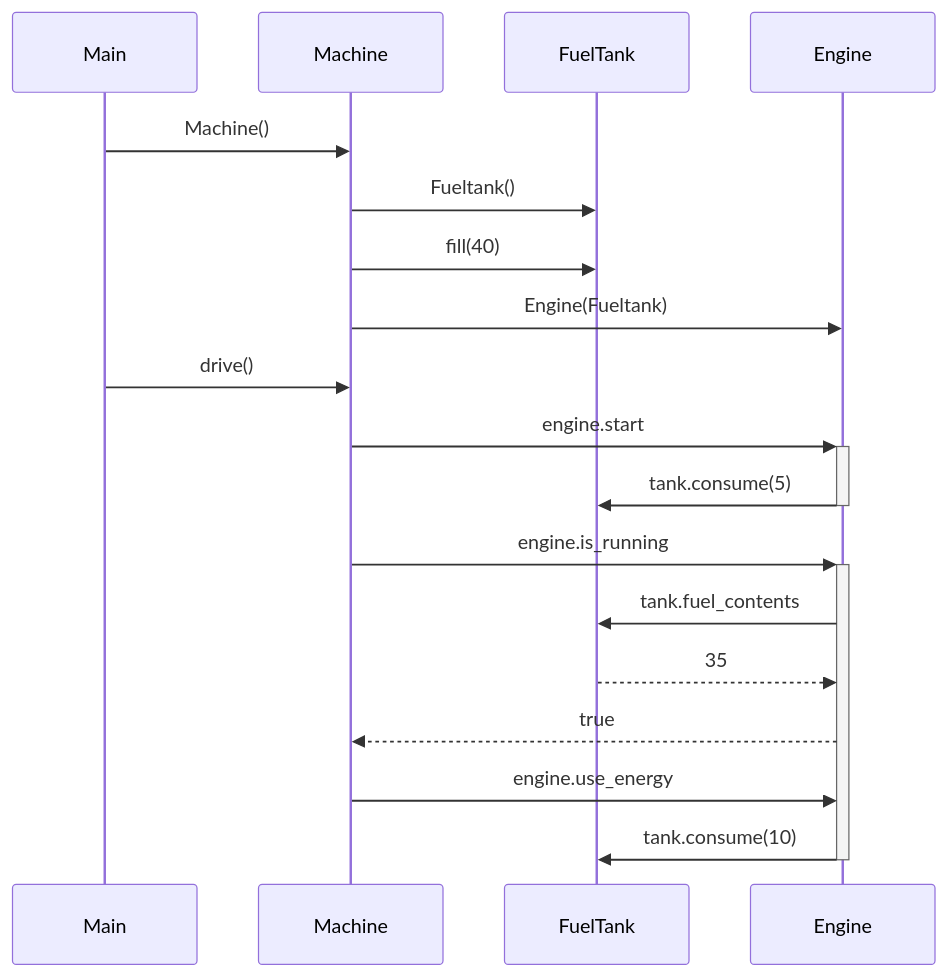
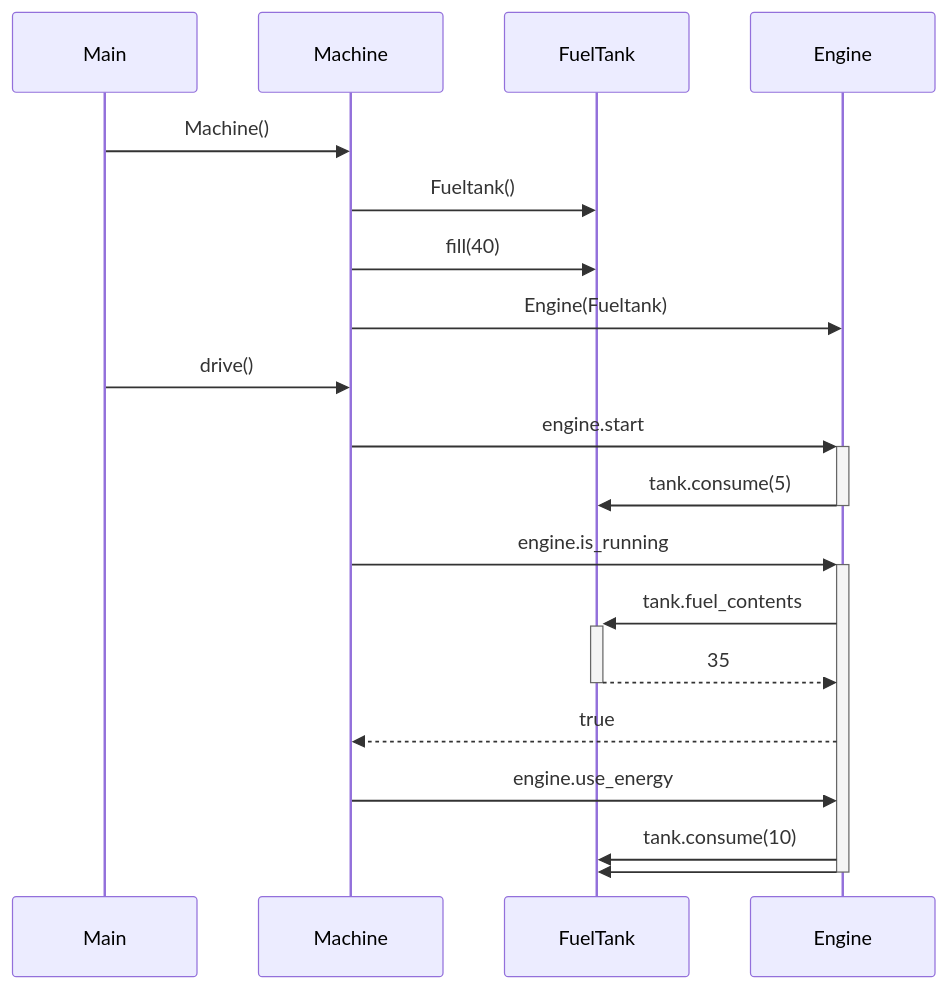
One commit to Nanotiike/ot-harjoitustyo changed the diagram in laskarit/viikko3/machine.md. Above: the diagram before and after it, drawn with Mermaid.

````diff
--- a/laskarit/viikko3/machine.md
+++ b/laskarit/viikko3/machine.md
@@ -1,20 +1,21 @@
 ```mermaid
 sequenceDiagram
    participant X as Main
    participant M as Machine
    participant F as FuelTank
    participant E as Engine
    X ->> M: Machine()
    M ->> F: Fueltank()
    M ->> F: fill(40)
    M ->> E: Engine(Fueltank)
    X ->> M: drive()
    M ->>+ E: engine.start
    E ->>- F: tank.consume(5)
    M ->>+ E: engine.is_running
-   E ->> F: tank.fuel_contents
-   F -->> E: 35
+   E ->>+ F: tank.fuel_contents
+   F -->>- E: 35
    E -->> M: true
    M ->> E: engine.use_energy
-   E ->>- F: tank.consume(10)
+   E ->> F: tank.consume(10)
+   E ->>- F:
 ```
````
